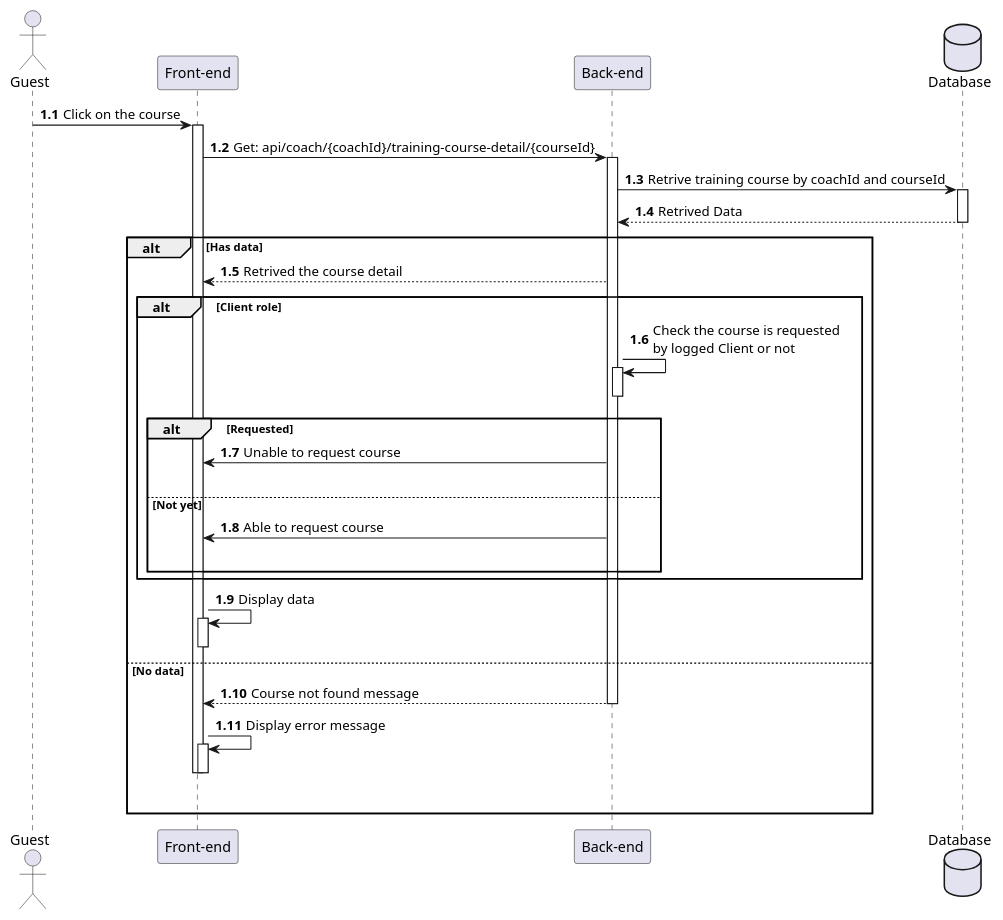
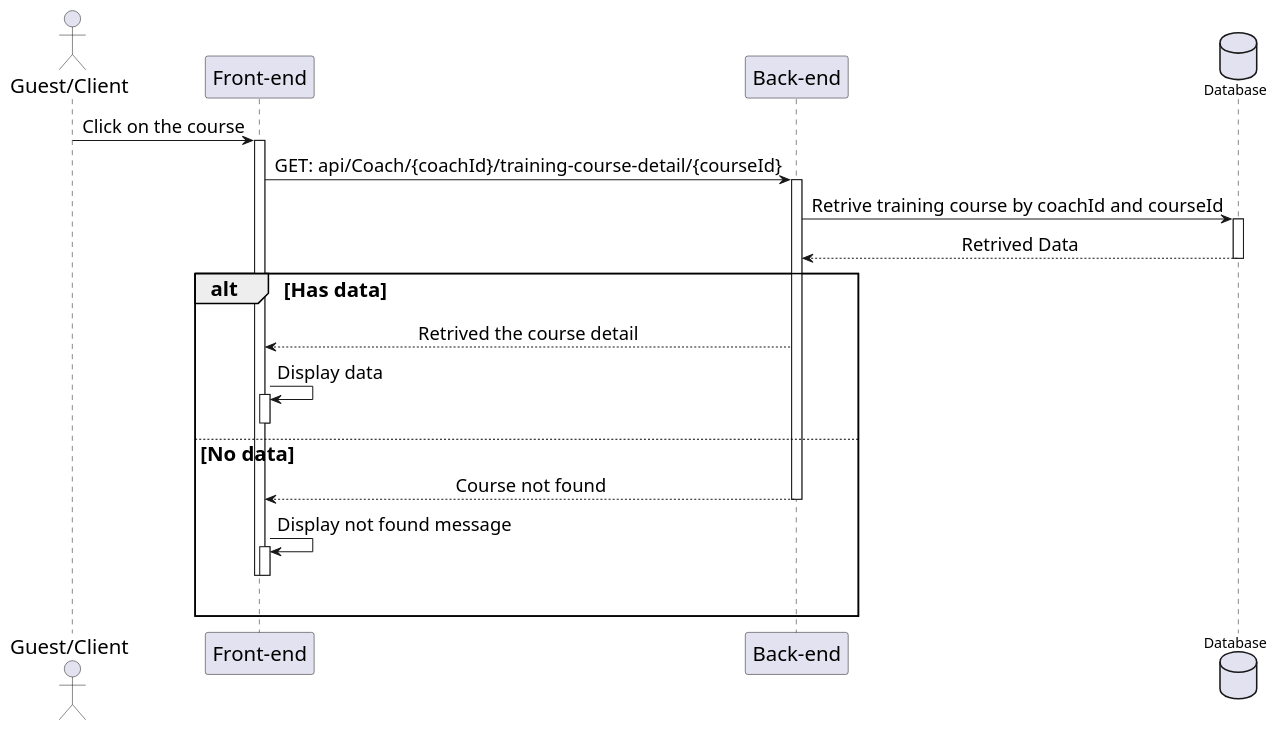
One commit to HTPhong-276/iCoaching-Diagrams changed the diagram in Sequences_diagrams/ViewTrainingCourseDetail.pu. Above: the diagram before and after it, drawn with PlantUML. The commit also changed 75 other files, not shown here.

Commit message:
Update Sequences_diagrams

```diff
--- a/Sequences_diagrams/ViewTrainingCourseDetail.pu
+++ b/Sequences_diagrams/ViewTrainingCourseDetail.pu
@@ -1,43 +1,37 @@
 @startuml ViewTraniningCourseDetail
-
-actor Guest as user
+skinparam sequenceMessageAlign center
+skinparam sequenceGroupFontSize 20
+skinparam sequenceGroupHeaderFontSize 20
+skinparam sequence {
+    ParticipantFontSize 20
+    ActorFontSize 20
+    DatabaseFontSize 20
+    ArrowFontSize 18
+} 
+actor "Guest/Client" as user
 participant "Front-end" as client
 participant "Back-end" as server 
 database "Database" as db
 
-autonumber 1.1 "<b>0:"
 
 user -> client++ : Click on the course 
-client -> server++ : Get: api/coach/{coachId}/training-course-detail/{courseId}
+client -> server++ : GET: api/Coach/{coachId}/training-course-detail/{courseId}
 server -> db++ : Retrive training course by coachId and courseId
 db --> server : Retrived Data
 deactivate
 
 alt Has data
     server --> client : Retrived the course detail
 
-    alt Client role
-        server -> server++ : Check the course is requested\nby logged Client or not
-        deactivate
-
-        alt Requested
-            server -> client : Unable to request course
-            |||
-        else Not yet
-            server -> client : Able to request course
-            |||
-        end
-    end
-
     client -> client++ : Display data
     deactivate
 
 else No data
-    server --> client : Course not found message
+    server --> client : Course not found
     deactivate
-    client -> client++ : Display error message 
+    client -> client++ : Display not found message 
     deactivate
     deactivate
     |||
 end 
 @enduml
```
